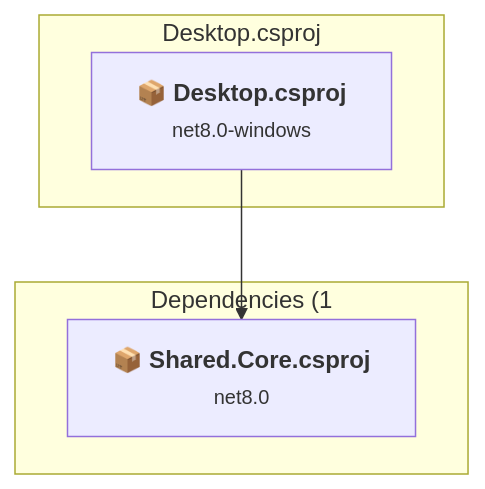
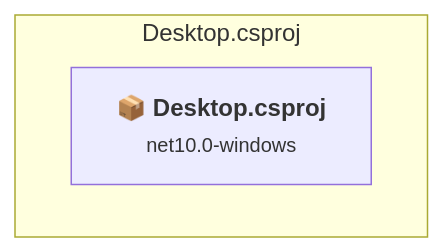
One commit to NafisianCastle/dokanio changed the second of 4 diagrams in .github/upgrades/assessment.md. Above: the diagram before and after it, drawn with Mermaid. The commit also changed other lines of this file and 10 other files, not shown here.

````diff
--- a/.github/upgrades/assessment.md
+++ b/.github/upgrades/assessment.md
@@ -196,13 +139,8 @@
 ```mermaid
 flowchart TB
     subgraph current["Desktop.csproj"]
-        MAIN["<b>📦&nbsp;Desktop.csproj</b><br/><small>net8.0-windows</small>"]
+        MAIN["<b>📦&nbsp;Desktop.csproj</b><br/><small>net10.0-windows</small>"]
         click MAIN "#srcdesktopdesktopcsproj"
     end
-    subgraph downstream["Dependencies (1"]
-        P1["<b>📦&nbsp;Shared.Core.csproj</b><br/><small>net8.0</small>"]
-        click P1 "#srcsharedcoresharedcorecsproj"
-    end
-    MAIN --> P1
 
 ```
````
